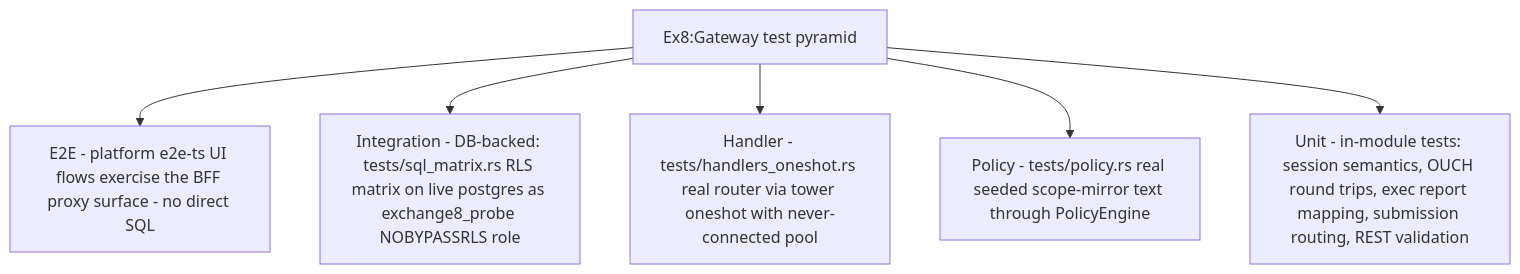
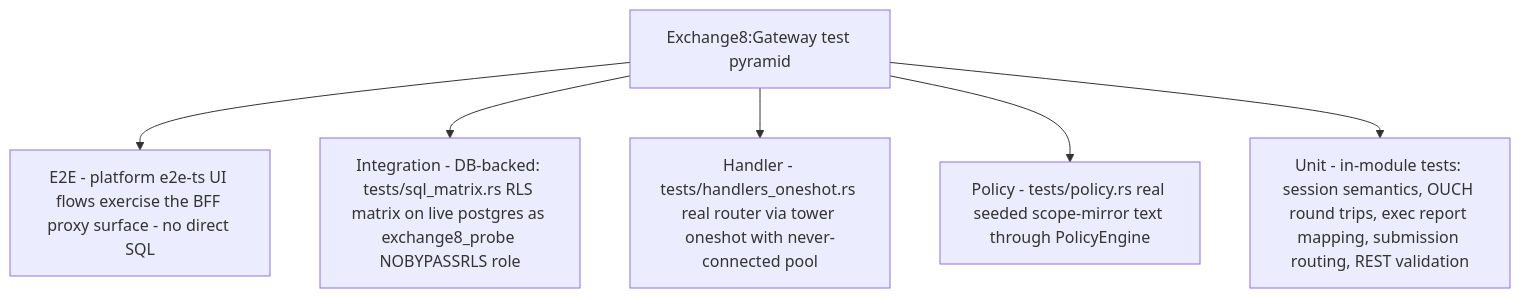
Before and after one commit to Exchange8-dev/exchange8-gateway: diagram 14 of 14 in DESIGN.md, drawn with Mermaid. The commit also changed other lines of this file and 14 other files, not shown here.

````diff
--- a/DESIGN.md
+++ b/DESIGN.md
@@ -767,9 +767,9 @@
 ```mermaid
 graph TD
-    PYR["Ex8:Gateway test pyramid"]
+    PYR["Exchange8:Gateway test pyramid"]
     PYR --> E2E["E2E - platform e2e-ts UI flows exercise the BFF proxy surface - no direct SQL"]
     PYR --> INT["Integration - DB-backed: tests/sql_matrix.rs RLS matrix on live postgres as exchange8_probe NOBYPASSRLS role"]
     PYR --> HAND["Handler - tests/handlers_oneshot.rs real router via tower oneshot with never-connected pool"]
     PYR --> POLI["Policy - tests/policy.rs real seeded scope-mirror text through PolicyEngine"]
     PYR --> UNIT["Unit - in-module tests: session semantics, OUCH round trips, exec report mapping, submission routing, REST validation"]
 ```
````
